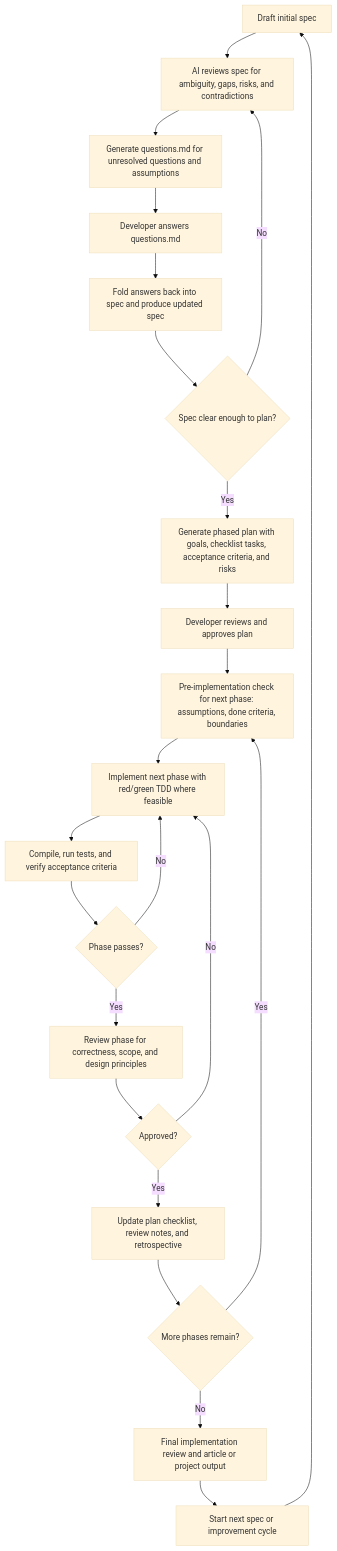
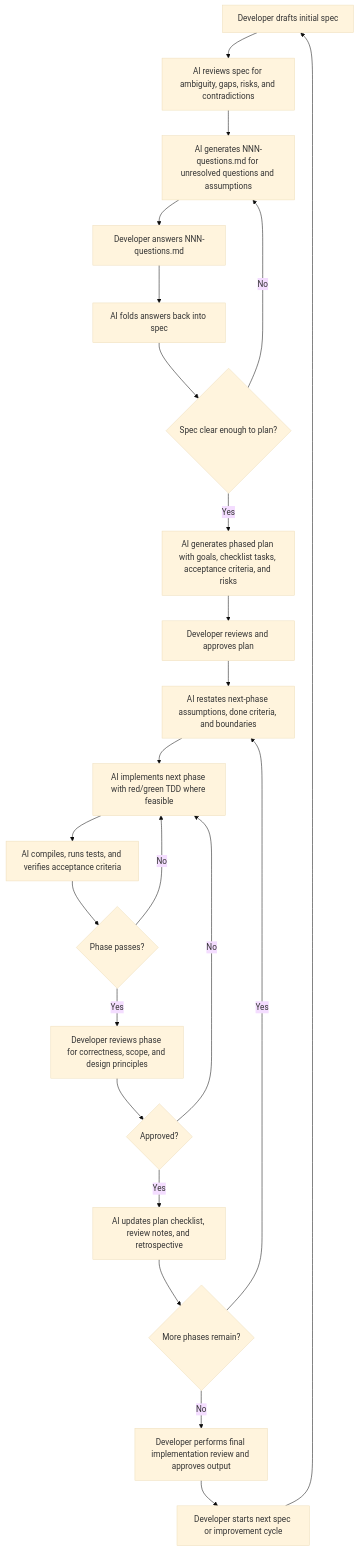
One commit to rstehwien/spec-driven-ai-dev changed the diagram in README.md. Above: the diagram before and after it, drawn with Mermaid (base theme). The commit also changed other lines of this file and 3 other files, not shown here.

````diff
--- a/README.md
+++ b/README.md
@@ -49,25 +104,25 @@
 ```mermaid
 flowchart TD
-    A[Draft initial spec] --> B[AI reviews spec for ambiguity, gaps, risks, and contradictions]
-    B --> C[Generate questions.md for unresolved questions and assumptions]
-    C --> D[Developer answers questions.md]
-    D --> E[Fold answers back into spec and produce updated spec]
+    A[Developer drafts initial spec] --> B[AI reviews spec for ambiguity, gaps, risks, and contradictions]
+    B --> C[AI generates NNN-questions.md for unresolved questions and assumptions]
+    C --> D[Developer answers NNN-questions.md]
+    D --> E[AI folds answers back into spec]
     E --> F{Spec clear enough to plan?}
-    F -- No --> B
-    F -- Yes --> G[Generate phased plan with goals, checklist tasks, acceptance criteria, and risks]
+    F -- No --> C
+    F -- Yes --> G[AI generates phased plan with goals, checklist tasks, acceptance criteria, and risks]
     G --> H[Developer reviews and approves plan]
-    H --> I[Pre-implementation check for next phase: assumptions, done criteria, boundaries]
-    I --> J[Implement next phase with red/green TDD where feasible]
-    J --> K[Compile, run tests, and verify acceptance criteria]
+    H --> I[AI restates next-phase assumptions, done criteria, and boundaries]
+    I --> J[AI implements next phase with red/green TDD where feasible]
+    J --> K[AI compiles, runs tests, and verifies acceptance criteria]
     K --> L{Phase passes?}
     L -- No --> J
-    L -- Yes --> M[Review phase for correctness, scope, and design principles]
+    L -- Yes --> M[Developer reviews phase for correctness, scope, and design principles]
     M --> N{Approved?}
     N -- No --> J
-    N -- Yes --> O[Update plan checklist, review notes, and retrospective]
+    N -- Yes --> O[AI updates plan checklist, review notes, and retrospective]
     O --> P{More phases remain?}
     P -- Yes --> I
-    P -- No --> Q[Final implementation review and article or project output]
-    Q --> R[Start next spec or improvement cycle]
+    P -- No --> Q[Developer performs final implementation review and approves output]
+    Q --> R[Developer starts next spec or improvement cycle]
     R --> A
 ```
````
